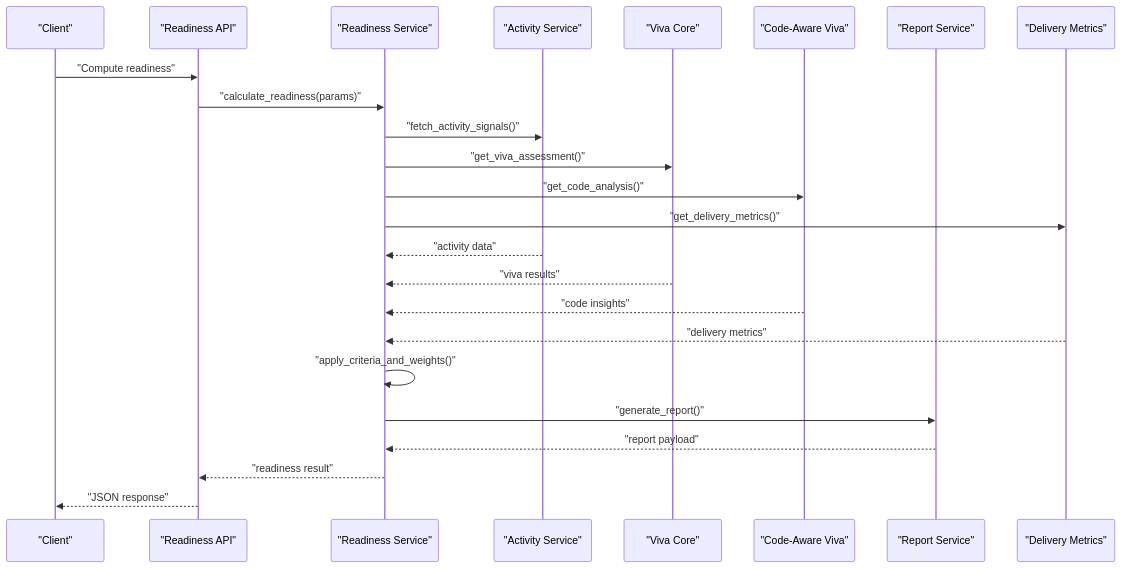
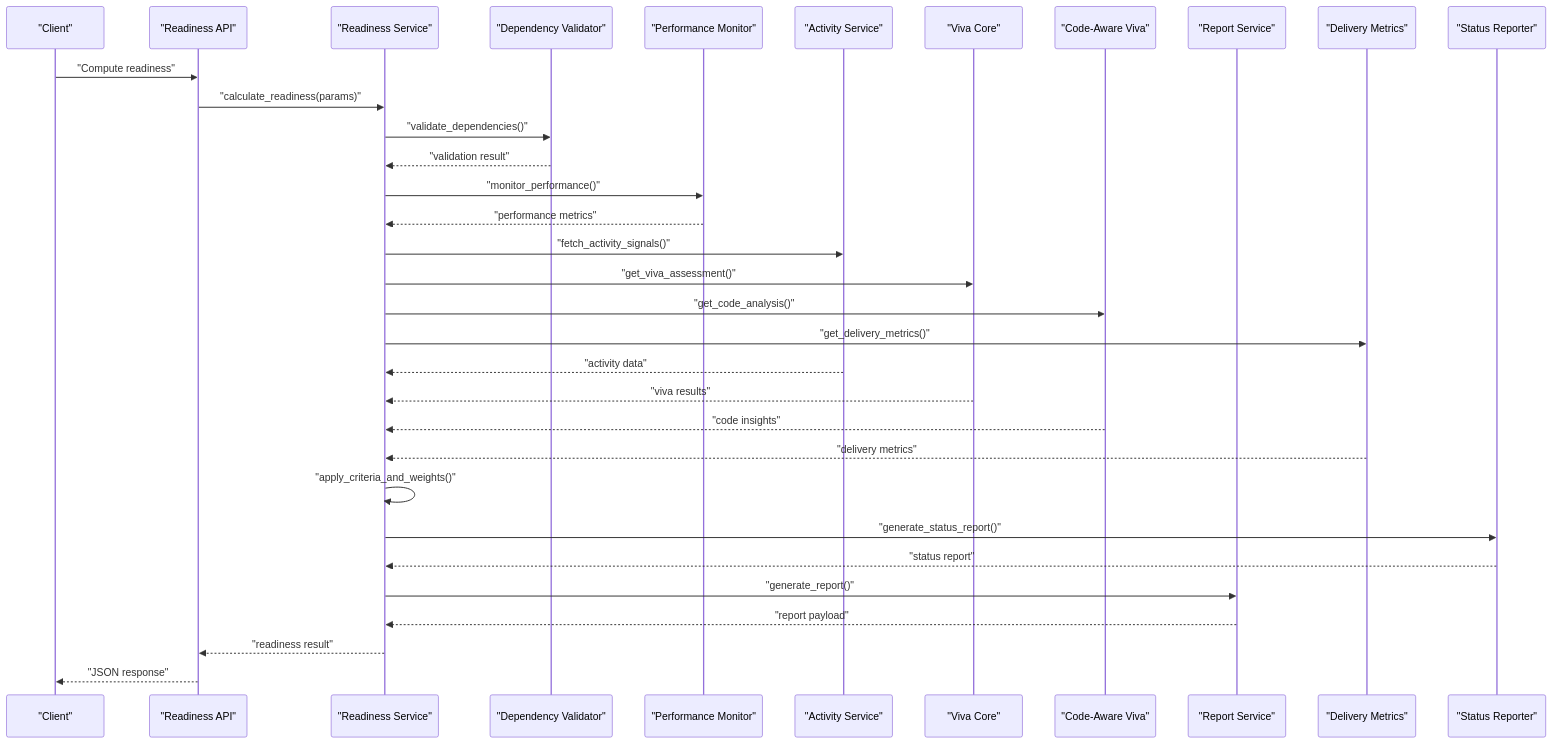
One commit to KKBAE143/VivAI changed the second of 6 diagrams in .qoder/repowiki/en/content/Architecture Overview/Backend Architecture/Service Layer Architecture/Readiness Service.md. Above: the diagram before and after it, drawn with Mermaid. The commit also changed other lines of this file and 133 other files, not shown here.

````diff
--- a/.qoder/repowiki/en/content/Architecture Overview/Backend Architecture/Service Layer Architecture/Readiness Service.md
+++ b/.qoder/repowiki/en/content/Architecture Overview/Backend Architecture/Service Layer Architecture/Readiness Service.md
@@ -134,26 +162,35 @@
 ```mermaid
 sequenceDiagram
 participant Client as "Client"
 participant API as "Readiness API"
 participant Svc as "Readiness Service"
+participant DVal as "Dependency Validator"
+participant PMon as "Performance Monitor"
 participant Act as "Activity Service"
 participant Viva as "Viva Core"
 participant Code as "Code-Aware Viva"
 participant Rep as "Report Service"
 participant Deliv as "Delivery Metrics"
+participant SR as "Status Reporter"
 Client->>API : "Compute readiness"
 API->>Svc : "calculate_readiness(params)"
+Svc->>DVal : "validate_dependencies()"
+DVal-->>Svc : "validation result"
+Svc->>PMon : "monitor_performance()"
+PMon-->>Svc : "performance metrics"
 Svc->>Act : "fetch_activity_signals()"
 Svc->>Viva : "get_viva_assessment()"
 Svc->>Code : "get_code_analysis()"
 Svc->>Deliv : "get_delivery_metrics()"
 Act-->>Svc : "activity data"
 Viva-->>Svc : "viva results"
 Code-->>Svc : "code insights"
 Deliv-->>Svc : "delivery metrics"
 Svc->>Svc : "apply_criteria_and_weights()"
+Svc->>SR : "generate_status_report()"
+SR-->>Svc : "status report"
 Svc->>Rep : "generate_report()"
 Rep-->>Svc : "report payload"
 Svc-->>API : "readiness result"
 API-->>Client : "JSON response"
 ```
````
